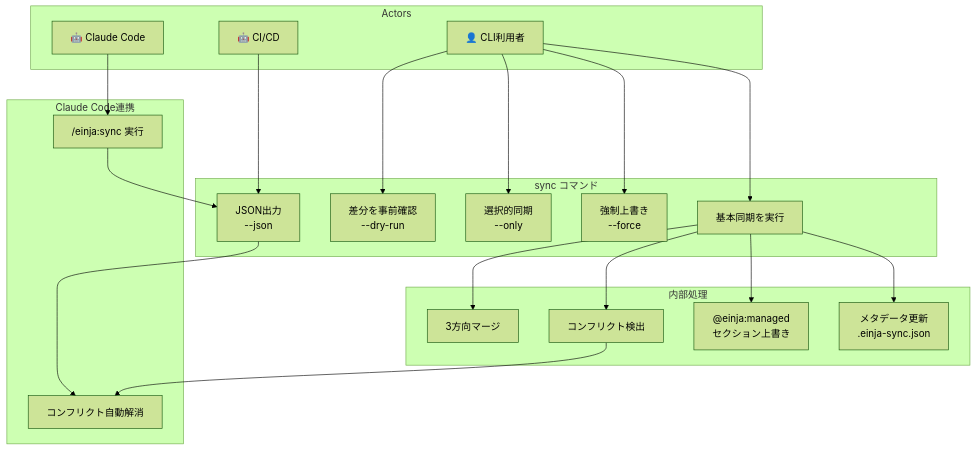
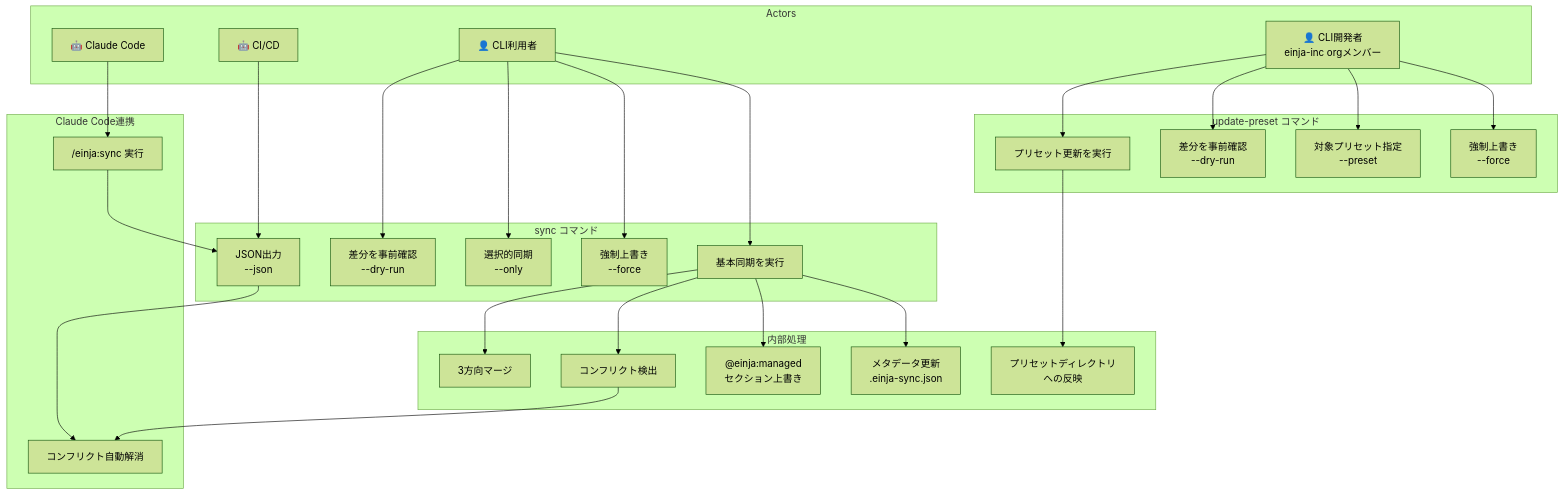
Before and after one commit to einja-inc/einja-management-template: the diagram in docs/specs/issues/cli/issue21-sync-command/requirements.md, drawn with Mermaid (forest theme). The commit also changed other lines of this file and 3 other files, not shown here.

````diff
--- a/docs/specs/issues/cli/issue21-sync-command/requirements.md
+++ b/docs/specs/issues/cli/issue21-sync-command/requirements.md
@@ -60,44 +60,60 @@
 ```mermaid
 graph TB
     subgraph Actors
         DEV[👤 CLI利用者]
+        CLIDEV[👤 CLI開発者<br/>einja-inc orgメンバー]
         CI[🤖 CI/CD]
         CC[🤖 Claude Code]
     end
 
     subgraph "sync コマンド"
         UC1[基本同期を実行]
         UC2[差分を事前確認<br/>--dry-run]
         UC3[選択的同期<br/>--only]
         UC4[強制上書き<br/>--force]
         UC5[JSON出力<br/>--json]
     end
 
+    subgraph "update-preset コマンド"
+        UC10[プリセット更新を実行]
+        UC11[差分を事前確認<br/>--dry-run]
+        UC12[対象プリセット指定<br/>--preset]
+        UC13[強制上書き<br/>--force]
+    end
+
     subgraph "内部処理"
         P1[3方向マージ]
         P2[コンフリクト検出]
         P3["@einja:managed<br/>セクション上書き"]
         P4[メタデータ更新<br/>.einja-sync.json]
+        P5[プリセットディレクトリ<br/>への反映]
     end
 
     subgraph "Claude Code連携"
         UC6["/einja:sync 実行"]
         UC7[コンフリクト自動解消]
     end
 
     DEV --> UC1
     DEV --> UC2
     DEV --> UC3
     DEV --> UC4
     CI --> UC5
     CC --> UC6
 
+    CLIDEV --> UC10
+    CLIDEV --> UC11
+    CLIDEV --> UC12
+    CLIDEV --> UC13
+
     UC1 --> P1
     UC1 --> P2
     UC1 --> P3
     UC1 --> P4
 
+    UC10 --> P5
+
     UC6 --> UC5
     UC5 --> UC7
     P2 --> UC7
 ```
````
